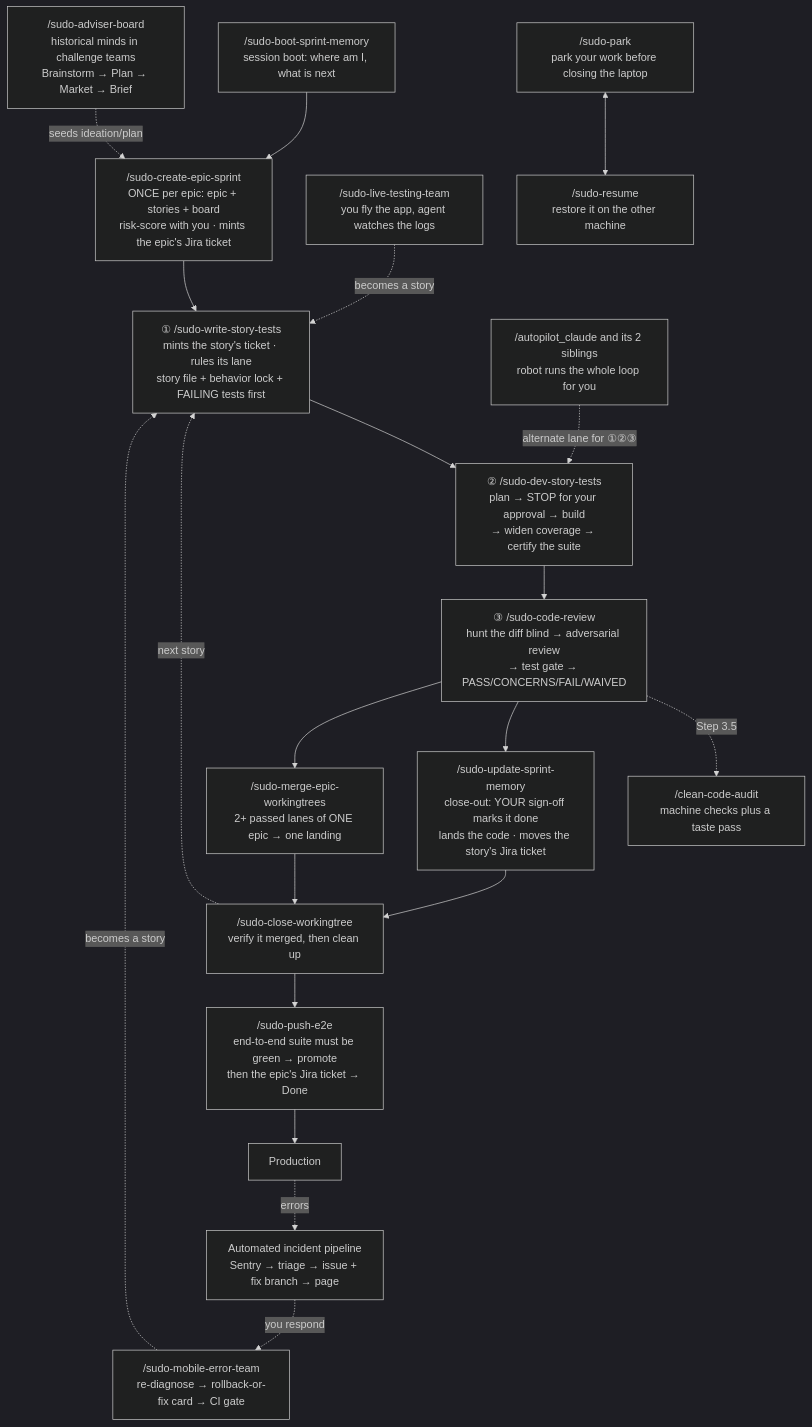
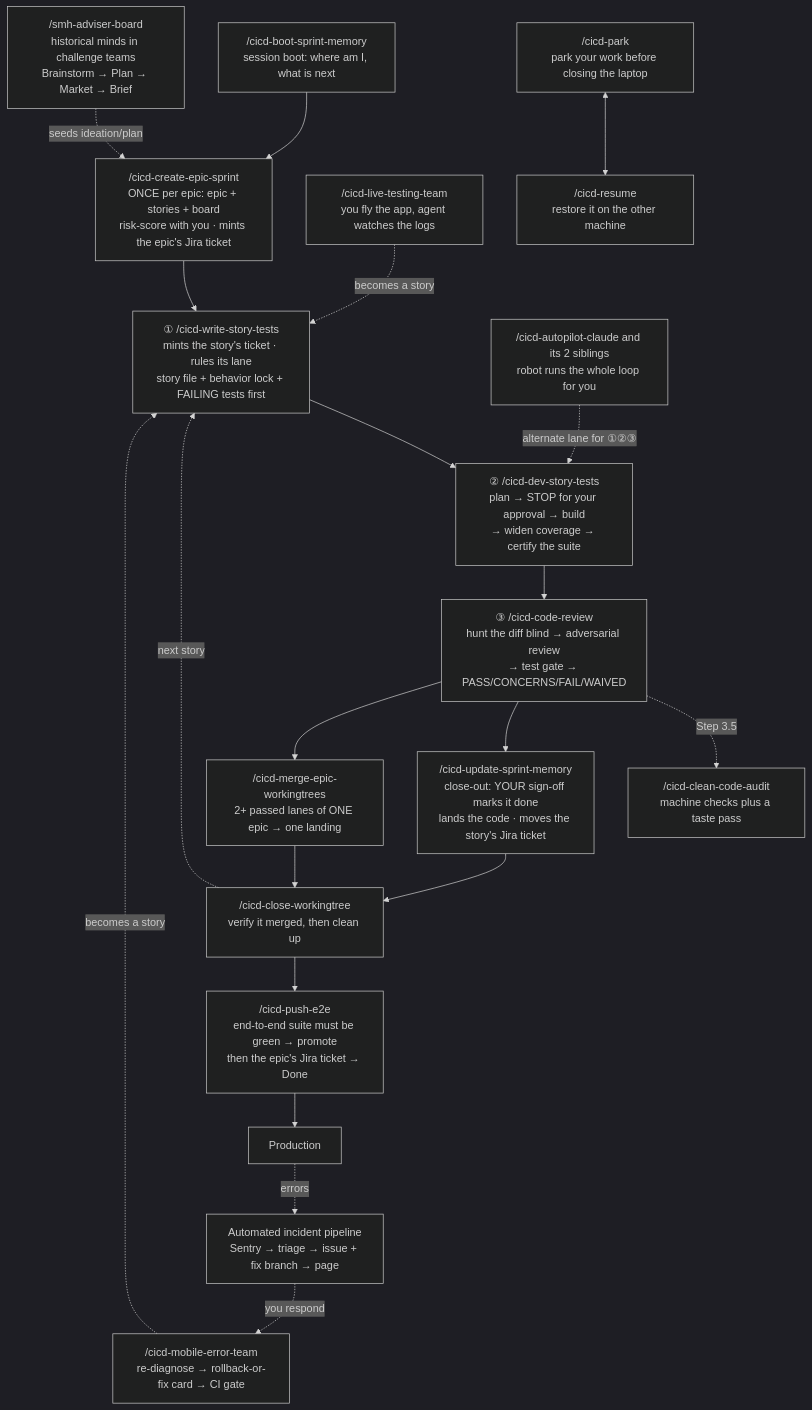
One commit to sudomadhatter/Sudo_Hatter_Command changed the first of 8 diagrams in _my_resources/_quick_reference/sudo_workflows_testing.md. Above: the diagram before and after it, drawn with Mermaid (dark theme). The commit also changed other lines of this file and 402 other files, not shown here.

````diff
--- a/_my_resources/_quick_reference/sudo_workflows_testing.md
+++ b/_my_resources/_quick_reference/sudo_workflows_testing.md
@@ -98,22 +98,22 @@
 ```mermaid
 flowchart TD
-    BOOT["/sudo-boot-sprint-memory\nsession boot: where am I, what is next"] --> KICK["/sudo-create-epic-sprint\nONCE per epic: epic + stories + board\nrisk-score with you · mints the epic's Jira ticket"]
-    KICK --> ONE["① /sudo-write-story-tests\nmints the story's ticket · rules its lane\nstory file + behavior lock + FAILING tests first"]
-    ONE --> TWO["② /sudo-dev-story-tests\nplan → STOP for your approval → build\n→ widen coverage → certify the suite"]
-    TWO --> THREE["③ /sudo-code-review\nhunt the diff blind → adversarial review\n→ test gate → PASS/CONCERNS/FAIL/WAIVED"]
-    THREE -.->|"Step 3.5"| CLEAN["/clean-code-audit\nmachine checks plus a taste pass"]
-    THREE --> CLOSE["/sudo-update-sprint-memory\nclose-out: YOUR sign-off marks it done\nlands the code · moves the story's Jira ticket"]
-    THREE --> MERGE["/sudo-merge-epic-workingtrees\n2+ passed lanes of ONE epic → one landing"]
-    CLOSE --> CLOSEWT["/sudo-close-workingtree\nverify it merged, then clean up"]
+    BOOT["/cicd-boot-sprint-memory\nsession boot: where am I, what is next"] --> KICK["/cicd-create-epic-sprint\nONCE per epic: epic + stories + board\nrisk-score with you · mints the epic's Jira ticket"]
+    KICK --> ONE["① /cicd-write-story-tests\nmints the story's ticket · rules its lane\nstory file + behavior lock + FAILING tests first"]
+    ONE --> TWO["② /cicd-dev-story-tests\nplan → STOP for your approval → build\n→ widen coverage → certify the suite"]
+    TWO --> THREE["③ /cicd-code-review\nhunt the diff blind → adversarial review\n→ test gate → PASS/CONCERNS/FAIL/WAIVED"]
+    THREE -.->|"Step 3.5"| CLEAN["/cicd-clean-code-audit\nmachine checks plus a taste pass"]
+    THREE --> CLOSE["/cicd-update-sprint-memory\nclose-out: YOUR sign-off marks it done\nlands the code · moves the story's Jira ticket"]
+    THREE --> MERGE["/cicd-merge-epic-workingtrees\n2+ passed lanes of ONE epic → one landing"]
+    CLOSE --> CLOSEWT["/cicd-close-workingtree\nverify it merged, then clean up"]
     MERGE --> CLOSEWT
     CLOSEWT -.->|"next story"| ONE
-    CLOSEWT --> SHIP["/sudo-push-e2e\nend-to-end suite must be green → promote\nthen the epic's Jira ticket → Done"]
+    CLOSEWT --> SHIP["/cicd-push-e2e\nend-to-end suite must be green → promote\nthen the epic's Jira ticket → Done"]
     SHIP --> PROD["Production"]
     PROD -.->|"errors"| SEC["Automated incident pipeline\nSentry → triage → issue + fix branch → page"]
-    SEC -.->|"you respond"| MOBERR["/sudo-mobile-error-team\nre-diagnose → rollback-or-fix card → CI gate"]
+    SEC -.->|"you respond"| MOBERR["/cicd-mobile-error-team\nre-diagnose → rollback-or-fix card → CI gate"]
     MOBERR -.->|"becomes a story"| ONE
-    LIVE["/sudo-live-testing-team\nyou fly the app, agent watches the logs"] -.->|"becomes a story"| ONE
-    ADV["/sudo-adviser-board\nhistorical minds in challenge teams\nBrainstorm → Plan → Market → Brief"] -.->|"seeds ideation/plan"| KICK
-    AP["/autopilot_claude and its 2 siblings\nrobot runs the whole loop for you"] -.->|"alternate lane for ①②③"| TWO
-    PARK["/sudo-park\npark your work before closing the laptop"] <--> RESUME["/sudo-resume\nrestore it on the other machine"]
+    LIVE["/cicd-live-testing-team\nyou fly the app, agent watches the logs"] -.->|"becomes a story"| ONE
+    ADV["/smh-adviser-board\nhistorical minds in challenge teams\nBrainstorm → Plan → Market → Brief"] -.->|"seeds ideation/plan"| KICK
+    AP["/cicd-autopilot-claude and its 2 siblings\nrobot runs the whole loop for you"] -.->|"alternate lane for ①②③"| TWO
+    PARK["/cicd-park\npark your work before closing the laptop"] <--> RESUME["/cicd-resume\nrestore it on the other machine"]
 ```
````
